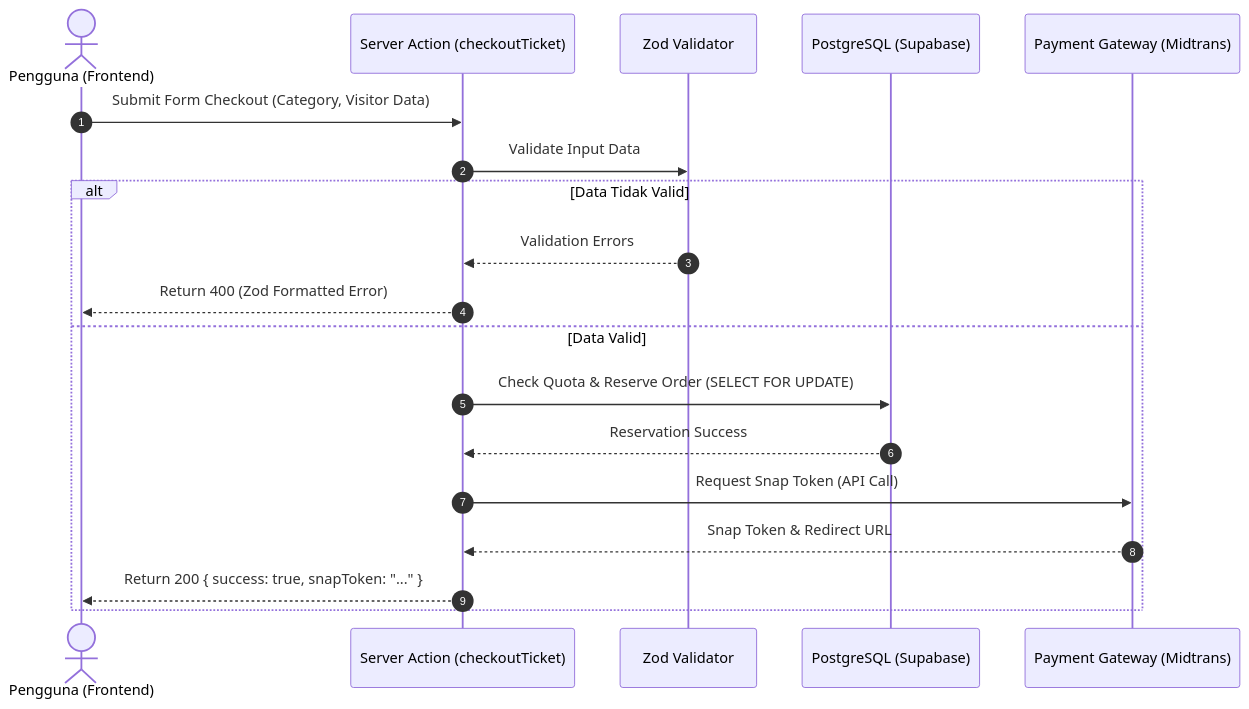
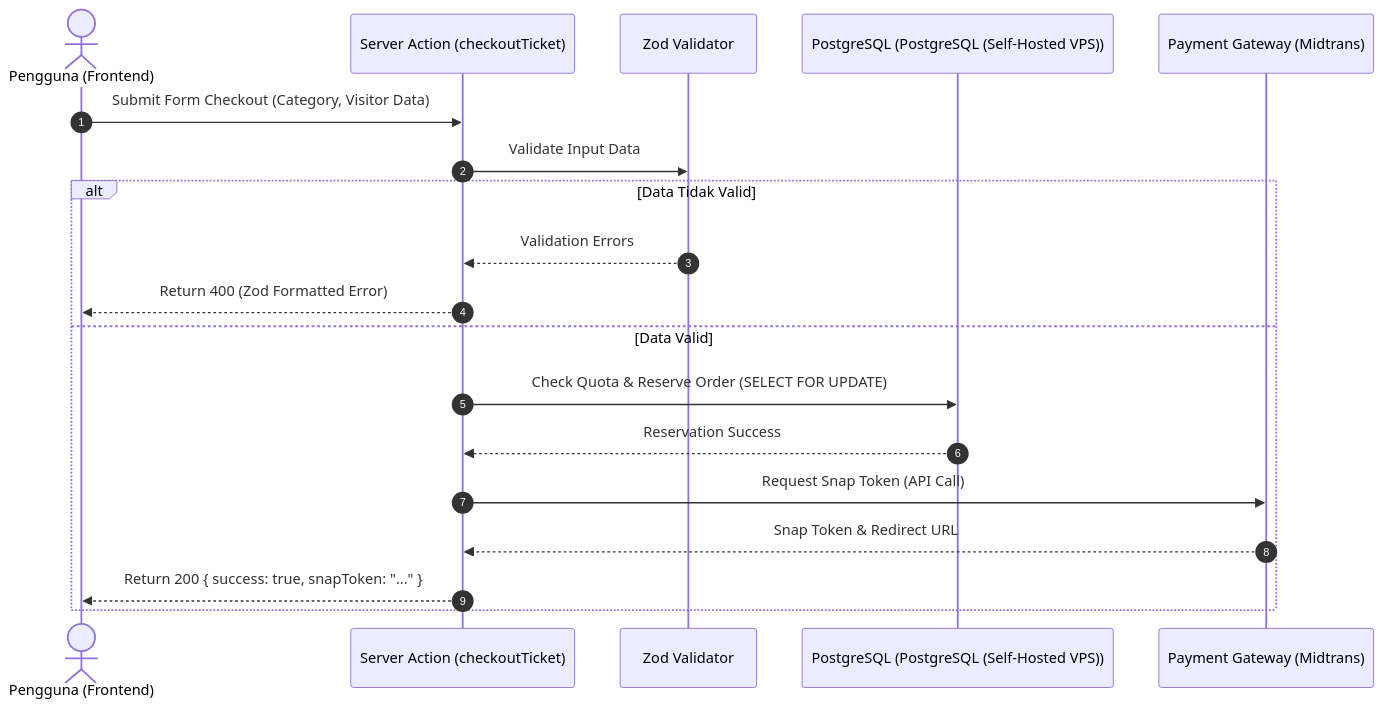
The first of 2 diagrams in docs/10-api-planning.md (dreflabs/sukabumieundeur), drawn with Mermaid before and after one commit. The commit also changed other lines of this file and 37 other files, not shown here.

Commit message:
feat: initialize 100% self-hosted VPS codebase Next.js 16 + PostgreSQL + Tailwind v4 and update 27 documentation files

````diff
--- a/docs/10-api-planning.md
+++ b/docs/10-api-planning.md
@@ -92,22 +92,22 @@
 ```mermaid
 sequenceDiagram
     autonumber
     actor User as Pengguna (Frontend)
     participant SA as Server Action (checkoutTicket)
     participant Zod as Zod Validator
-    participant DB as PostgreSQL (Supabase)
+    participant DB as PostgreSQL (PostgreSQL (Self-Hosted VPS))
     participant PG as Payment Gateway (Midtrans)
 
     User->>SA: Submit Form Checkout (Category, Visitor Data)
     SA->>Zod: Validate Input Data
     alt Data Tidak Valid
         Zod-->>SA: Validation Errors
         SA-->>User: Return 400 (Zod Formatted Error)
     else Data Valid
         SA->>DB: Check Quota & Reserve Order (SELECT FOR UPDATE)
         DB-->>SA: Reservation Success
         SA->>PG: Request Snap Token (API Call)
         PG-->>SA: Snap Token & Redirect URL
         SA-->>User: Return 200 { success: true, snapToken: "..." }
     end
 ```
````
